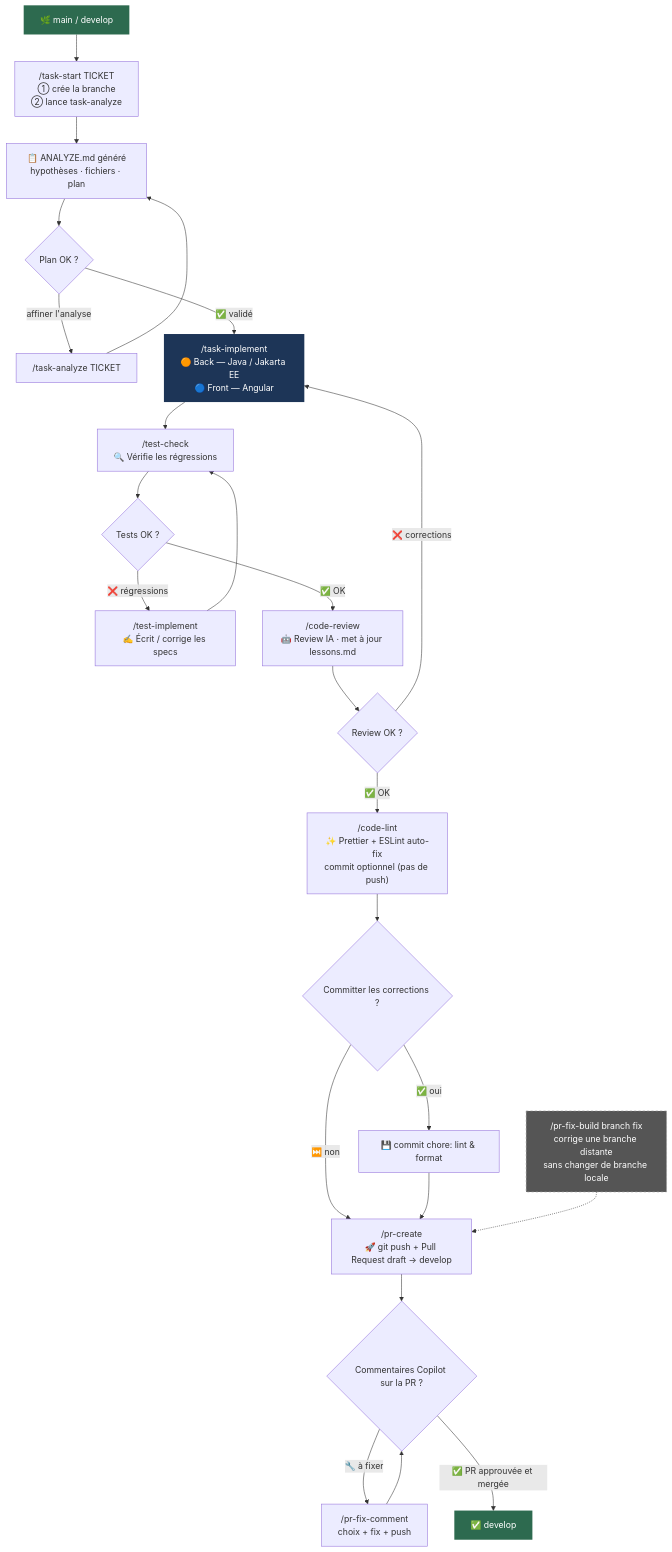
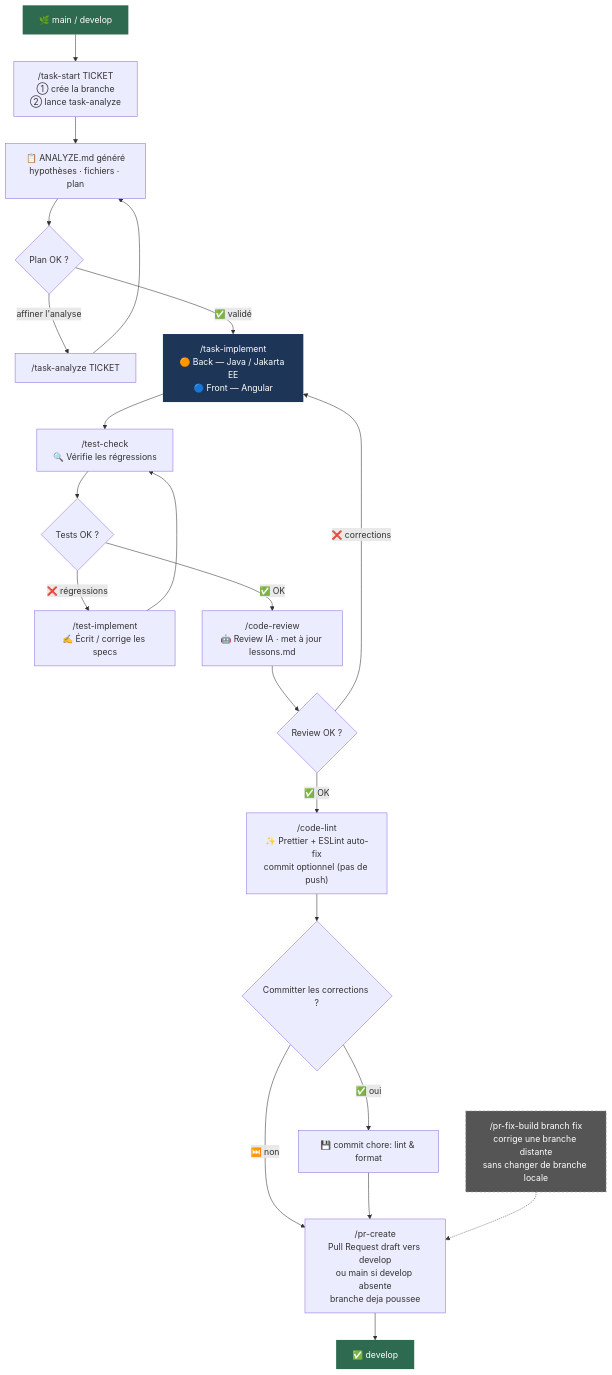
One commit to tomsoulage-dedalus/presc-workflows-tools changed the diagram in skills/README.md. Above: the diagram before and after it, drawn with Mermaid. The commit also changed other lines of this file and 5 other files, not shown here.

````diff
--- a/skills/README.md
+++ b/skills/README.md
@@ -171,62 +170,58 @@
 ```mermaid
 flowchart TD
   START["🌿 main / develop"]
 
   START --> ST["/task-start TICKET
 ① crée la branche
 ② lance task-analyze"]
 
 ST --> ANALYZE["📋 ANALYZE.md généré
 hypothèses · fichiers · plan"]
 
 ANALYZE --> VALID{"Plan OK ?"}
 VALID -- "affiner l'analyse" --> JA["/task-analyze TICKET"]
 JA --> ANALYZE
 
 VALID -- "✅ validé" --> IMPL["/task-implement
 🟠 Back — Java / Jakarta EE
 🔵 Front — Angular"]
 
 IMPL --> TCHECK["/test-check
 🔍 Vérifie les régressions"]
 
 TCHECK --> TCHECK_OK{"Tests OK ?"}
 TCHECK_OK -- "❌ régressions" --> TIMPL["/test-implement
 ✍️ Écrit / corrige les specs"]
 TIMPL --> TCHECK
 TCHECK_OK -- "✅ OK" --> REVIEW["/code-review
 🤖 Review IA · met à jour lessons.md"]
 
 REVIEW --> REVIEW_OK{"Review OK ?"}
 REVIEW_OK -- "❌ corrections" --> IMPL
 REVIEW_OK -- "✅ OK" --> LINT["/code-lint
 ✨ Prettier + ESLint auto-fix
 commit optionnel (pas de push)"]
 
 LINT --> LINT_COMMIT{"Committer les corrections ?"}
 LINT_COMMIT -- "✅ oui" --> LINT_DONE["💾 commit chore: lint & format"]
 LINT_COMMIT -- "⏭️ non" --> PR
 LINT_DONE --> PR
 
 PR["/pr-create
-🚀 git push + Pull Request draft → develop"]
+Pull Request draft vers develop
+ou main si develop absente
+branche deja poussee"]
 
-PR --> COMMENTS{"Commentaires Copilot sur la PR ?"}
-
-COMMENTS -- "🔧 à fixer" --> FPC["/pr-fix-comment
-choix + fix + push"]
-
-FPC --> COMMENTS
-COMMENTS -- "✅ PR approuvée et mergée" --> DONE
+PR --> DONE
 
 DONE["✅ develop"]
 
 FIX["/pr-fix-build branch fix
 corrige une branche distante
 sans changer de branche locale"] -.-> PR
 
     style START fill:#2d6a4f,color:#fff,stroke:none
     style DONE  fill:#2d6a4f,color:#fff,stroke:none
     style IMPL  fill:#1d3557,color:#fff,stroke:none
     style FIX   fill:#555,color:#fff,stroke:#999,stroke-dasharray:4
 ```
````
